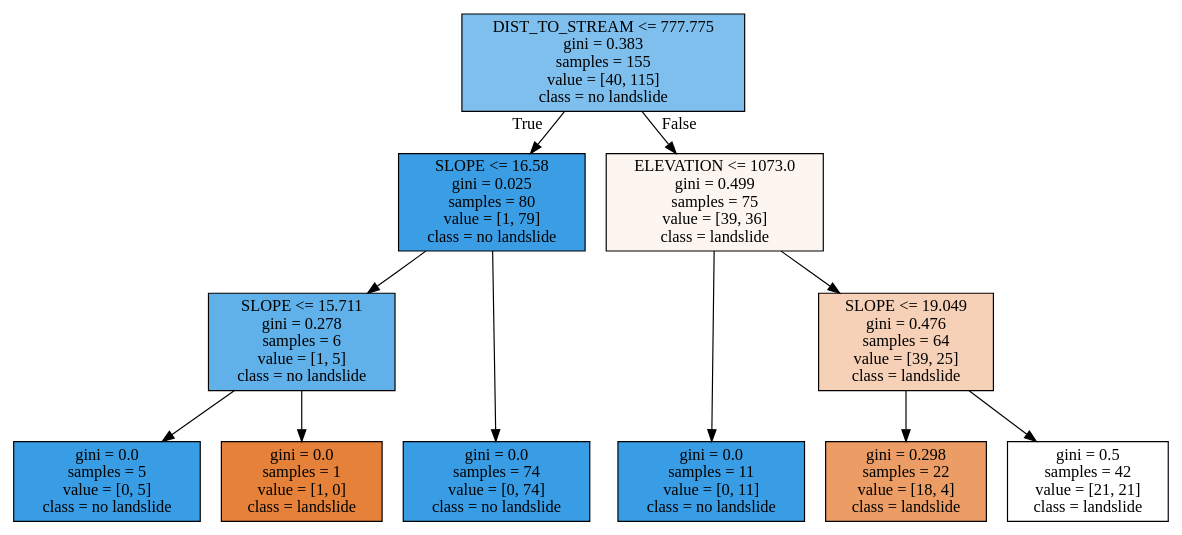
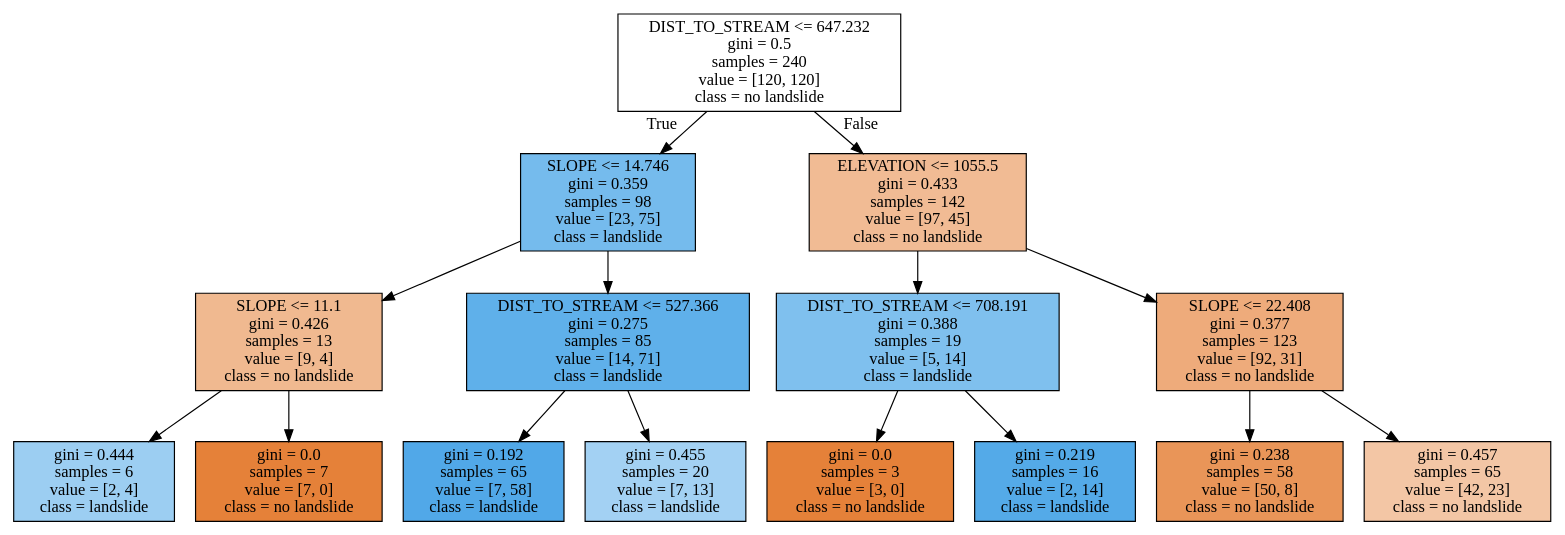
The diagram in tree3.dot (madelinezug/landslide_classification), drawn with Graphviz before and after one commit. The commit also changed 6 other files, not shown here.

```diff
--- a/tree3.dot
+++ b/tree3.dot
@@ -1,29 +1,37 @@
 digraph Tree {
 node [shape=box, style="filled", color="black"] ;
 graph [ranksep=equally, splines=polyline] ;
-0 [label="DIST_TO_STREAM <= 777.775\ngini = 0.383\nsamples = 155\nvalue = [40, 115]\nclass = no landslide", fillcolor="#399de5a6"] ;
-1 [label="SLOPE <= 16.58\ngini = 0.025\nsamples = 80\nvalue = [1, 79]\nclass = no landslide", fillcolor="#399de5fc"] ;
+0 [label="DIST_TO_STREAM <= 647.232\ngini = 0.5\nsamples = 240\nvalue = [120, 120]\nclass = no landslide", fillcolor="#e5813900"] ;
+1 [label="SLOPE <= 14.746\ngini = 0.359\nsamples = 98\nvalue = [23, 75]\nclass = landslide", fillcolor="#399de5b1"] ;
 0 -> 1 [labeldistance=2.5, labelangle=45, headlabel="True"] ;
-2 [label="SLOPE <= 15.711\ngini = 0.278\nsamples = 6\nvalue = [1, 5]\nclass = no landslide", fillcolor="#399de5cc"] ;
+2 [label="SLOPE <= 11.1\ngini = 0.426\nsamples = 13\nvalue = [9, 4]\nclass = no landslide", fillcolor="#e581398e"] ;
 1 -> 2 ;
-3 [label="gini = 0.0\nsamples = 5\nvalue = [0, 5]\nclass = no landslide", fillcolor="#399de5ff"] ;
+3 [label="gini = 0.444\nsamples = 6\nvalue = [2, 4]\nclass = landslide", fillcolor="#399de57f"] ;
 2 -> 3 ;
-4 [label="gini = 0.0\nsamples = 1\nvalue = [1, 0]\nclass = landslide", fillcolor="#e58139ff"] ;
+4 [label="gini = 0.0\nsamples = 7\nvalue = [7, 0]\nclass = no landslide", fillcolor="#e58139ff"] ;
 2 -> 4 ;
-5 [label="gini = 0.0\nsamples = 74\nvalue = [0, 74]\nclass = no landslide", fillcolor="#399de5ff"] ;
+5 [label="DIST_TO_STREAM <= 527.366\ngini = 0.275\nsamples = 85\nvalue = [14, 71]\nclass = landslide", fillcolor="#399de5cd"] ;
 1 -> 5 ;
-6 [label="ELEVATION <= 1073.0\ngini = 0.499\nsamples = 75\nvalue = [39, 36]\nclass = landslide", fillcolor="#e5813914"] ;
-0 -> 6 [labeldistance=2.5, labelangle=-45, headlabel="False"] ;
-7 [label="gini = 0.0\nsamples = 11\nvalue = [0, 11]\nclass = no landslide", fillcolor="#399de5ff"] ;
-6 -> 7 ;
-8 [label="SLOPE <= 19.049\ngini = 0.476\nsamples = 64\nvalue = [39, 25]\nclass = landslide", fillcolor="#e581395c"] ;
-6 -> 8 ;
-9 [label="gini = 0.298\nsamples = 22\nvalue = [18, 4]\nclass = landslide", fillcolor="#e58139c6"] ;
+6 [label="gini = 0.192\nsamples = 65\nvalue = [7, 58]\nclass = landslide", fillcolor="#399de5e0"] ;
+5 -> 6 ;
+7 [label="gini = 0.455\nsamples = 20\nvalue = [7, 13]\nclass = landslide", fillcolor="#399de576"] ;
+5 -> 7 ;
+8 [label="ELEVATION <= 1055.5\ngini = 0.433\nsamples = 142\nvalue = [97, 45]\nclass = no landslide", fillcolor="#e5813989"] ;
+0 -> 8 [labeldistance=2.5, labelangle=-45, headlabel="False"] ;
+9 [label="DIST_TO_STREAM <= 708.191\ngini = 0.388\nsamples = 19\nvalue = [5, 14]\nclass = landslide", fillcolor="#399de5a4"] ;
 8 -> 9 ;
-10 [label="gini = 0.5\nsamples = 42\nvalue = [21, 21]\nclass = landslide", fillcolor="#e5813900"] ;
-8 -> 10 ;
+10 [label="gini = 0.0\nsamples = 3\nvalue = [3, 0]\nclass = no landslide", fillcolor="#e58139ff"] ;
+9 -> 10 ;
+11 [label="gini = 0.219\nsamples = 16\nvalue = [2, 14]\nclass = landslide", fillcolor="#399de5db"] ;
+9 -> 11 ;
+12 [label="SLOPE <= 22.408\ngini = 0.377\nsamples = 123\nvalue = [92, 31]\nclass = no landslide", fillcolor="#e58139a9"] ;
+8 -> 12 ;
+13 [label="gini = 0.238\nsamples = 58\nvalue = [50, 8]\nclass = no landslide", fillcolor="#e58139d6"] ;
+12 -> 13 ;
+14 [label="gini = 0.457\nsamples = 65\nvalue = [42, 23]\nclass = no landslide", fillcolor="#e5813973"] ;
+12 -> 14 ;
 {rank=same ; 0} ;
-{rank=same ; 1; 6} ;
-{rank=same ; 2; 8} ;
-{rank=same ; 3; 4; 5; 7; 9; 10} ;
+{rank=same ; 1; 8} ;
+{rank=same ; 2; 5; 9; 12} ;
+{rank=same ; 3; 4; 6; 7; 10; 11; 13; 14} ;
 }
```
